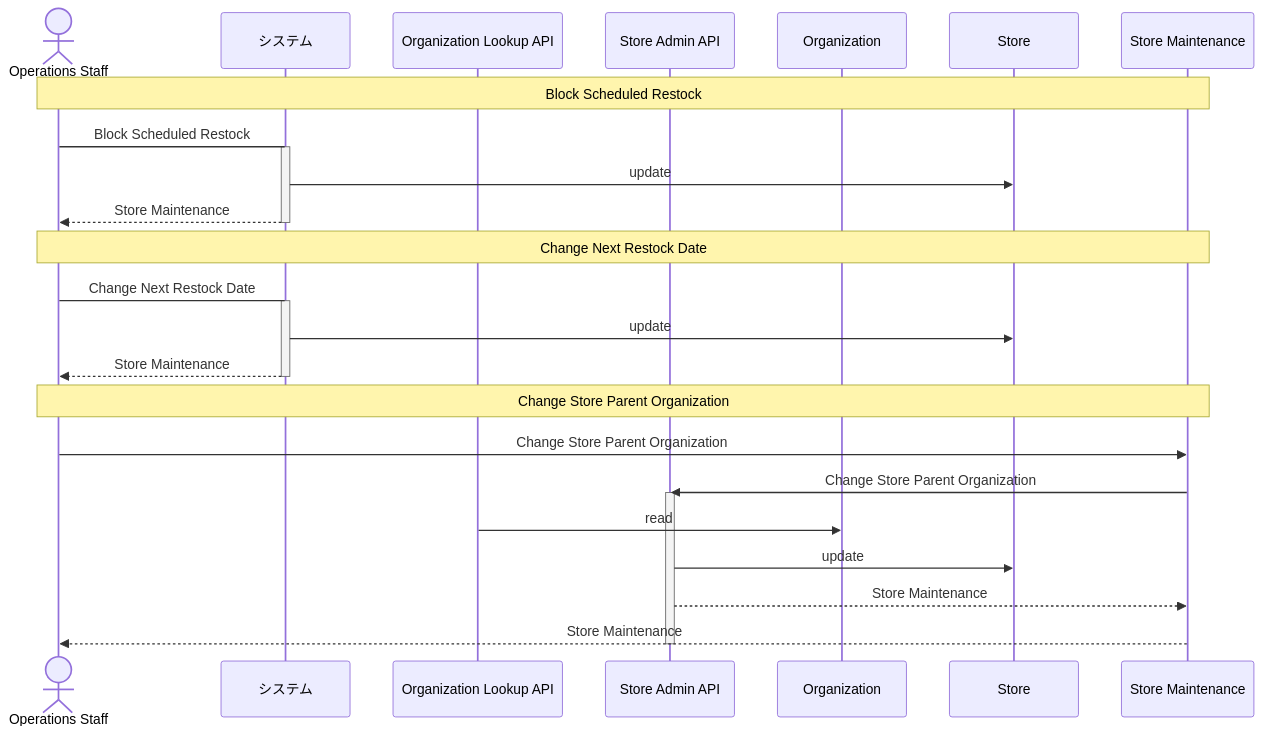
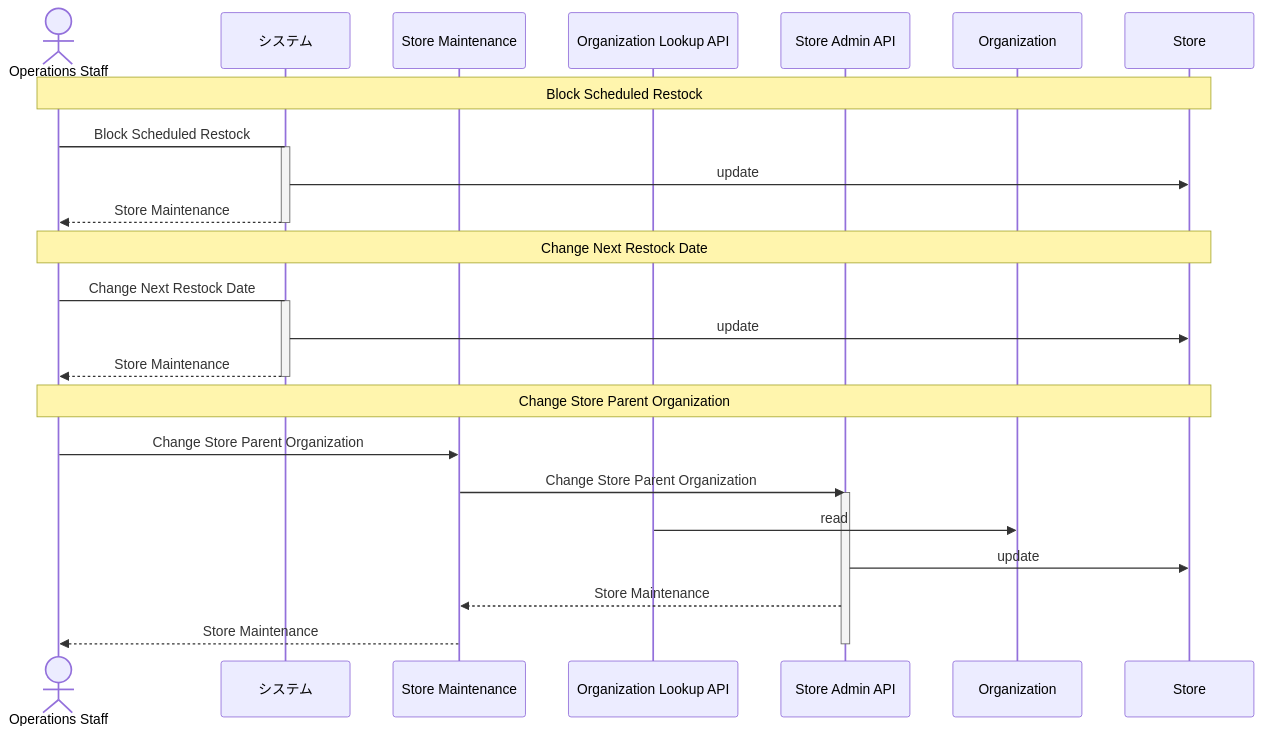
Before and after one commit to manji-0/rdra-ish-dsl: the second of 4 diagrams in samples/incremental-order/step-5-lifecycle/design.md, drawn with Mermaid. The commit also changed 82 other files, not shown here.

Commit message:
fix: order sequence participants by interaction flow

````diff
--- a/samples/incremental-order/step-5-lifecycle/design.md
+++ b/samples/incremental-order/step-5-lifecycle/design.md
@@ -75,34 +75,34 @@
 ```mermaid
 sequenceDiagram
   actor OpsStaff as Operations Staff
   participant System as システム
+  participant StoreMaintenanceScreen as Store Maintenance
   participant OrganizationLookupApi as Organization Lookup API
   participant StoreAdminApi as Store Admin API
   participant Organization as Organization
   participant Store as Store
-  participant StoreMaintenanceScreen as Store Maintenance
 
-  Note over OpsStaff,StoreMaintenanceScreen: Block Scheduled Restock
+  Note over OpsStaff,Store: Block Scheduled Restock
   OpsStaff->System: Block Scheduled Restock
   activate System
   System->>Store: update
   System-->>OpsStaff: Store Maintenance
   deactivate System
 
-  Note over OpsStaff,StoreMaintenanceScreen: Change Next Restock Date
+  Note over OpsStaff,Store: Change Next Restock Date
   OpsStaff->System: Change Next Restock Date
   activate System
   System->>Store: update
   System-->>OpsStaff: Store Maintenance
   deactivate System
 
-  Note over OpsStaff,StoreMaintenanceScreen: Change Store Parent Organization
+  Note over OpsStaff,Store: Change Store Parent Organization
   OpsStaff->>StoreMaintenanceScreen: Change Store Parent Organization
   StoreMaintenanceScreen->>StoreAdminApi: Change Store Parent Organization
   activate StoreAdminApi
   OrganizationLookupApi->>Organization: read
   StoreAdminApi->>Store: update
   StoreAdminApi-->>StoreMaintenanceScreen: Store Maintenance
   StoreMaintenanceScreen-->>OpsStaff: Store Maintenance
   deactivate StoreAdminApi
 ```
````
